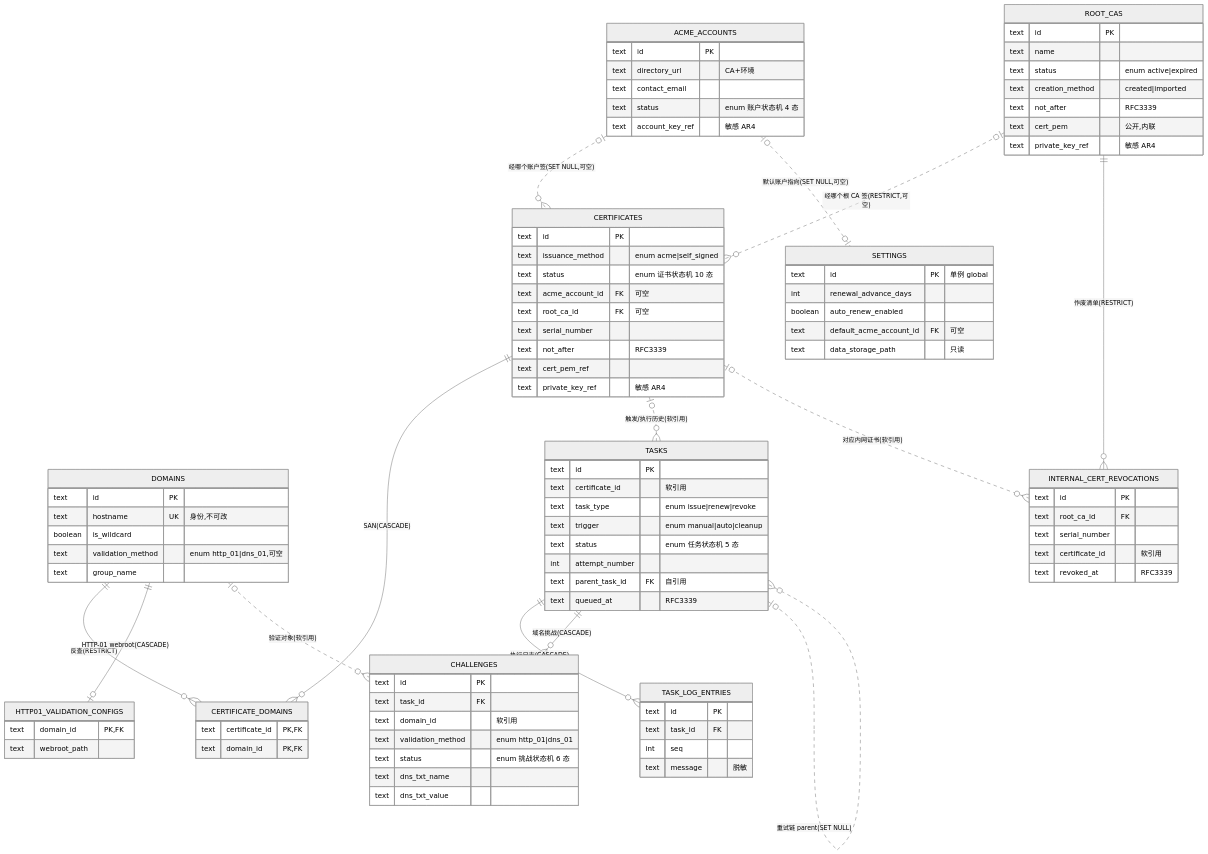
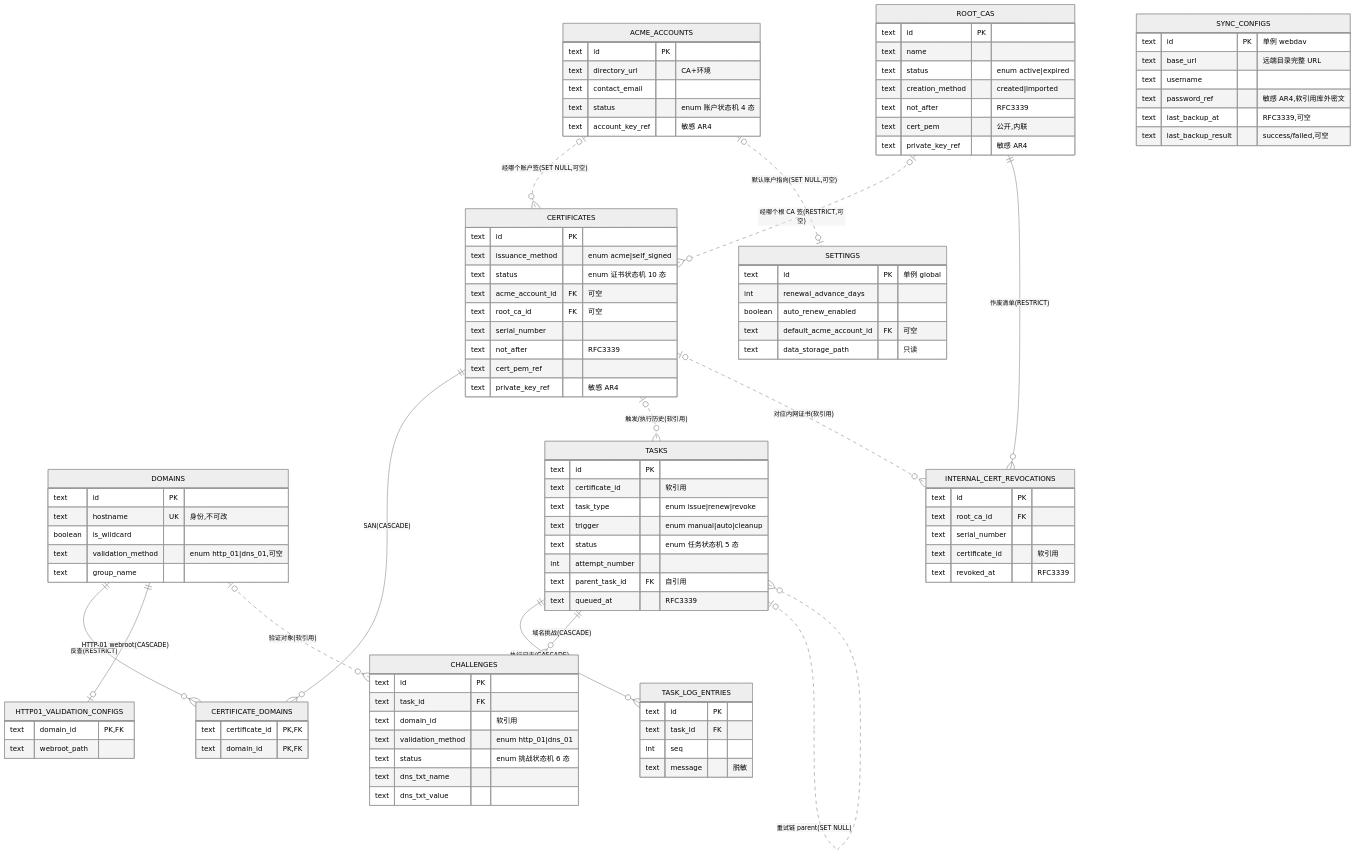
The diagram in docs/architecture/database/_overview.md (nvrenshiren/autohttps), drawn with Mermaid (neutral theme) before and after one commit. The commit also changed other lines of this file and 8 other files, not shown here.

First line of the commit message:
Docs: add sync (WebDAV backup) module contracts; reconcile docs with recent changes

````diff
--- a/docs/architecture/database/_overview.md
+++ b/docs/architecture/database/_overview.md
@@ -139,4 +140,12 @@
         text default_acme_account_id FK "可空"
         text data_storage_path "只读"
     }
+    SYNC_CONFIGS {
+        text id PK "单例 webdav"
+        text base_url "远端目录完整 URL"
+        text username
+        text password_ref "敏感 AR4,软引用库外密文"
+        text last_backup_at "RFC3339,可空"
+        text last_backup_result "success/failed,可空"
+    }
 ```
````
